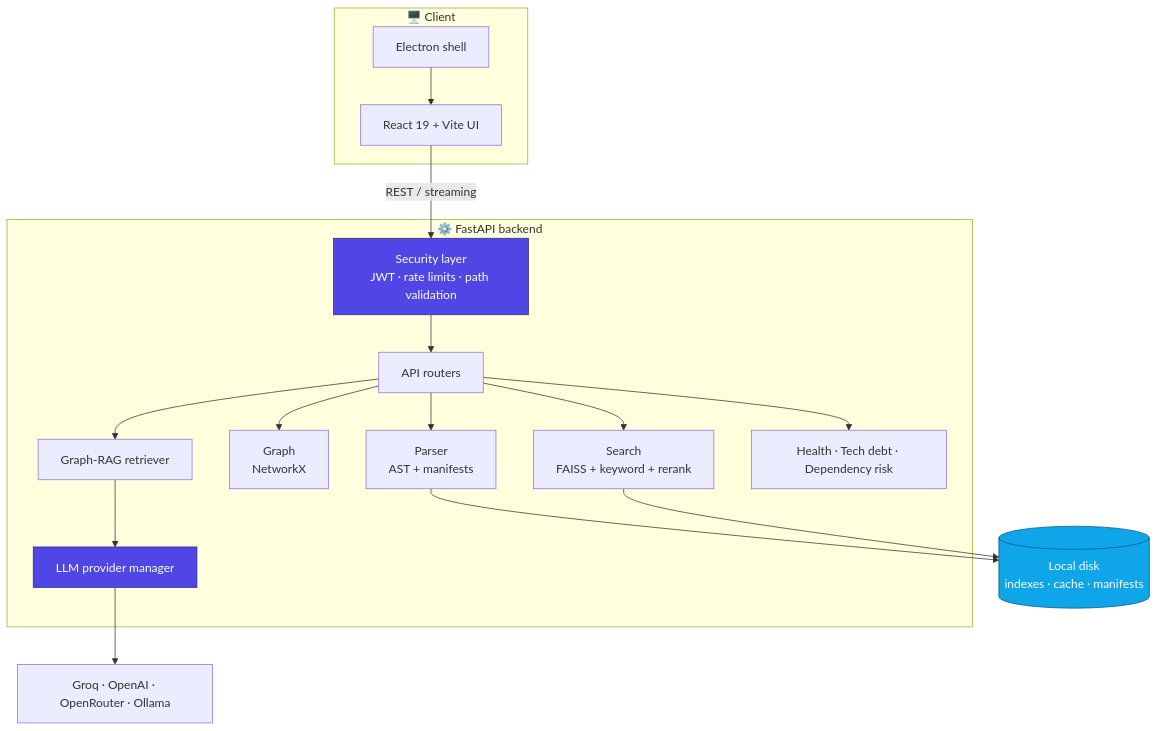
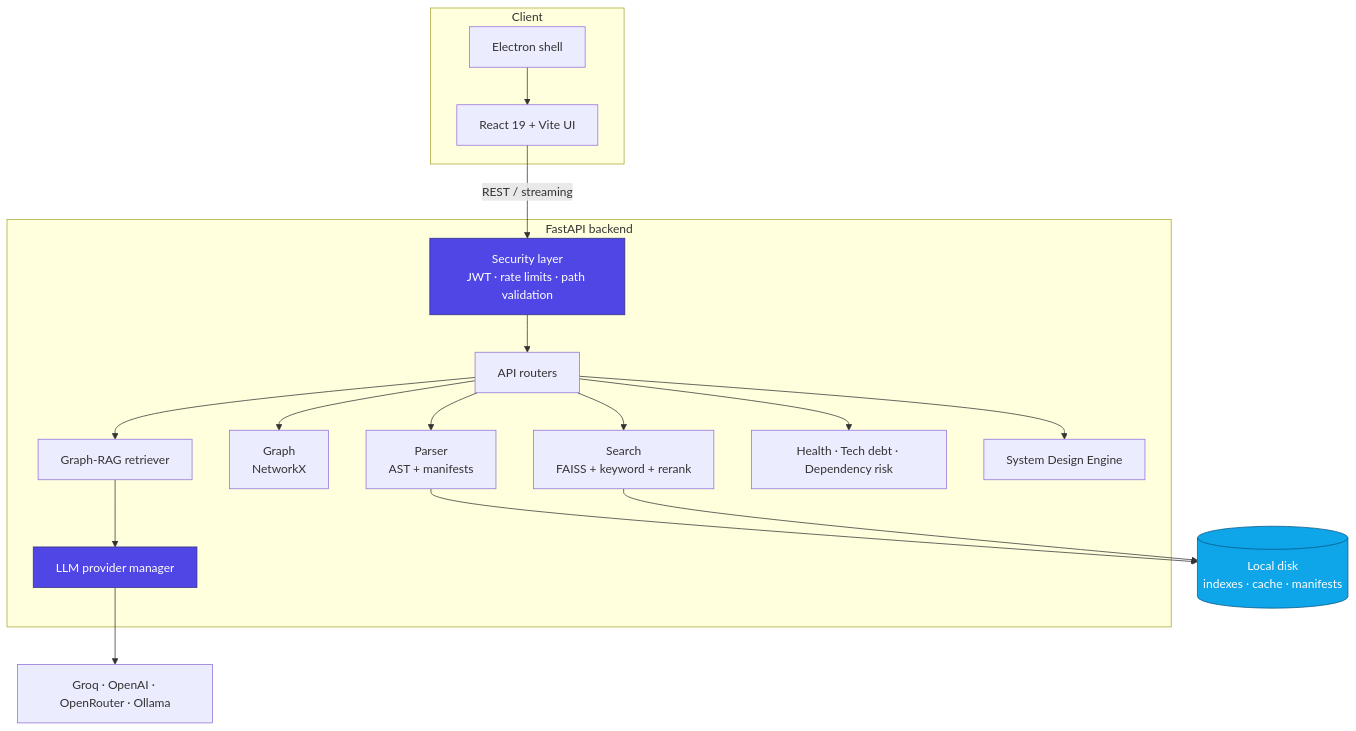
Before and after one commit to Arnav-aka-guy/Repository-scanner-engine: the first of 2 diagrams in readme.md, drawn with Mermaid. The commit also changed other lines of this file and 2 other files, not shown here.

Commit message:
docs: tidy project documentation and add system design section

````diff
--- a/readme.md
+++ b/readme.md
@@ -195,27 +180,28 @@
 ```mermaid
 flowchart TB
-    subgraph Client["🖥️ Client"]
+    subgraph Client["Client"]
         E["Electron shell"] --> UI["React 19 + Vite UI"]
     end
 
     UI -- "REST / streaming" --> SEC
 
-    subgraph Backend["⚙️ FastAPI backend"]
+    subgraph Backend["FastAPI backend"]
         SEC["Security layer<br/>JWT · rate limits · path validation"] --> API["API routers"]
         API --> P["Parser<br/>AST + manifests"]
         API --> G["Graph<br/>NetworkX"]
         API --> S["Search<br/>FAISS + keyword + rerank"]
         API --> R["Graph-RAG retriever"]
         API --> H["Health · Tech debt · Dependency risk"]
+        API --> SD["System Design Engine"]
         R --> L["LLM provider manager"]
     end
 
     P --> D[("Local disk<br/>indexes · cache · manifests")]
     S --> D
     L --> X["Groq · OpenAI · OpenRouter · Ollama"]
 
     classDef accent fill:#4f46e5,stroke:#312e81,color:#fff
     classDef store fill:#0ea5e9,stroke:#075985,color:#fff
     class SEC,L accent
     class D store
 ```
````
